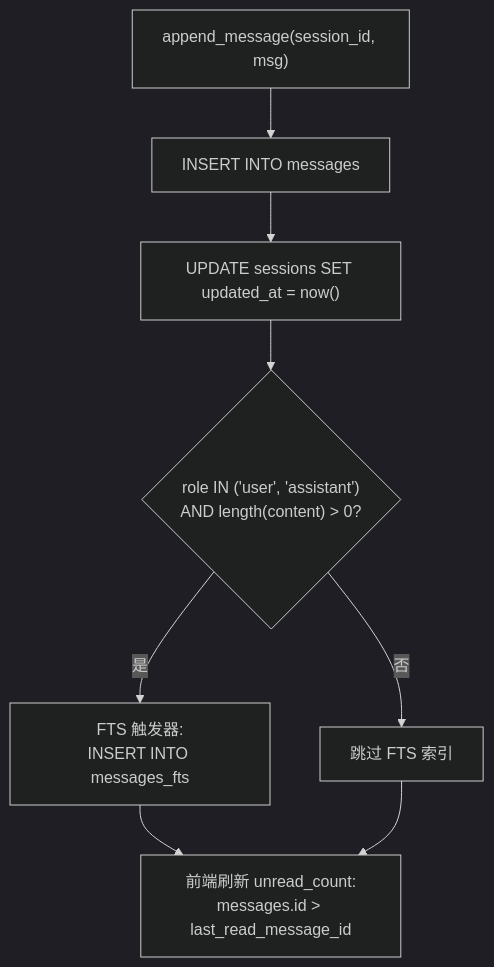
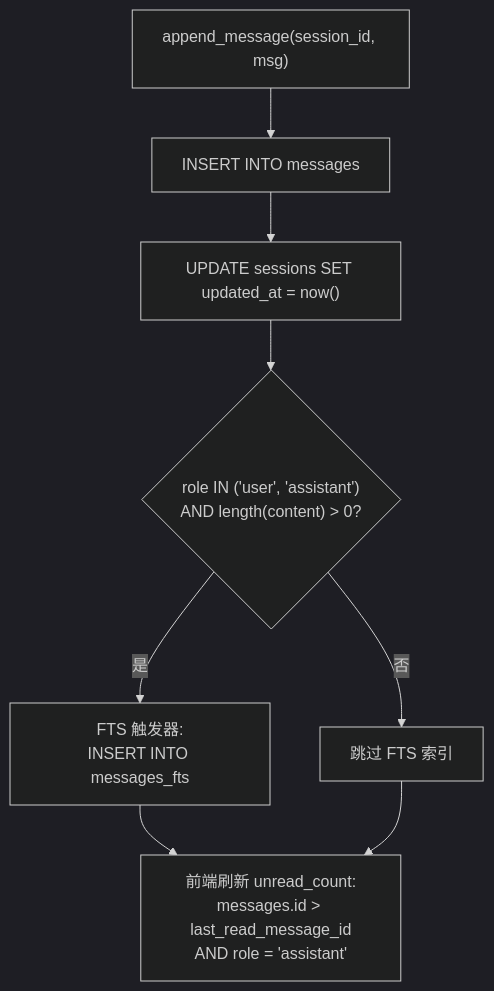
Before and after one commit to shiwenwen/hope-agent: the second of 2 diagrams in docs/architecture/session.md, drawn with Mermaid (dark theme). The commit also changed other lines of this file and 2 other files, not shown here.

Commit message:
fix(session): 未读徽标只计 assistant 行，不再算工具/思考/事件
list_sessions_paged / get_session 的未读子查询原本用 role != 'user'，把
tool / text_block / thinking_block / event 这些一轮 turn 的组件与系统事件
全部算进未读。一个问题触发 10 次工具调用就会显示 20+ 红点，误导用户以为
有成堆漏看的回复。改为 role = 'assistant'，一轮 turn = 1 条未读，Cron
连续触发 N 次 = N 条未读，语义与用户直觉一致。unread_count 是动态子查询
无需迁移；索引扫描路径不变，= 比 != 选择性更高。

````diff
--- a/docs/architecture/session.md
+++ b/docs/architecture/session.md
@@ -368,11 +368,11 @@
 ```mermaid
 flowchart TD
     A["append_message(session_id, msg)"] --> B["INSERT INTO messages"]
     B --> C["UPDATE sessions SET updated_at = now()"]
     C --> D{"role IN ('user', 'assistant')<br/>AND length(content) > 0?"}
     D -- 是 --> E["FTS 触发器:<br/>INSERT INTO messages_fts"]
     D -- 否 --> F["跳过 FTS 索引"]
-    E --> G["前端刷新 unread_count:<br/>messages.id > last_read_message_id"]
+    E --> G["前端刷新 unread_count:<br/>messages.id > last_read_message_id<br/>AND role = 'assistant'"]
     F --> G
 
 ```
````
